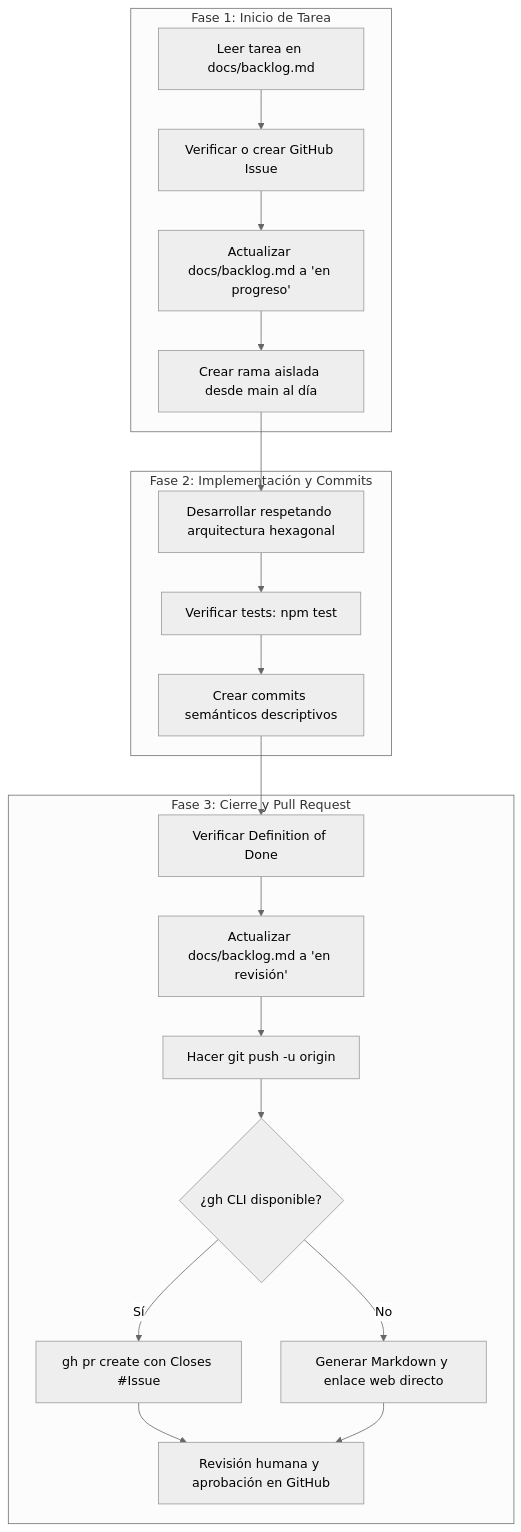
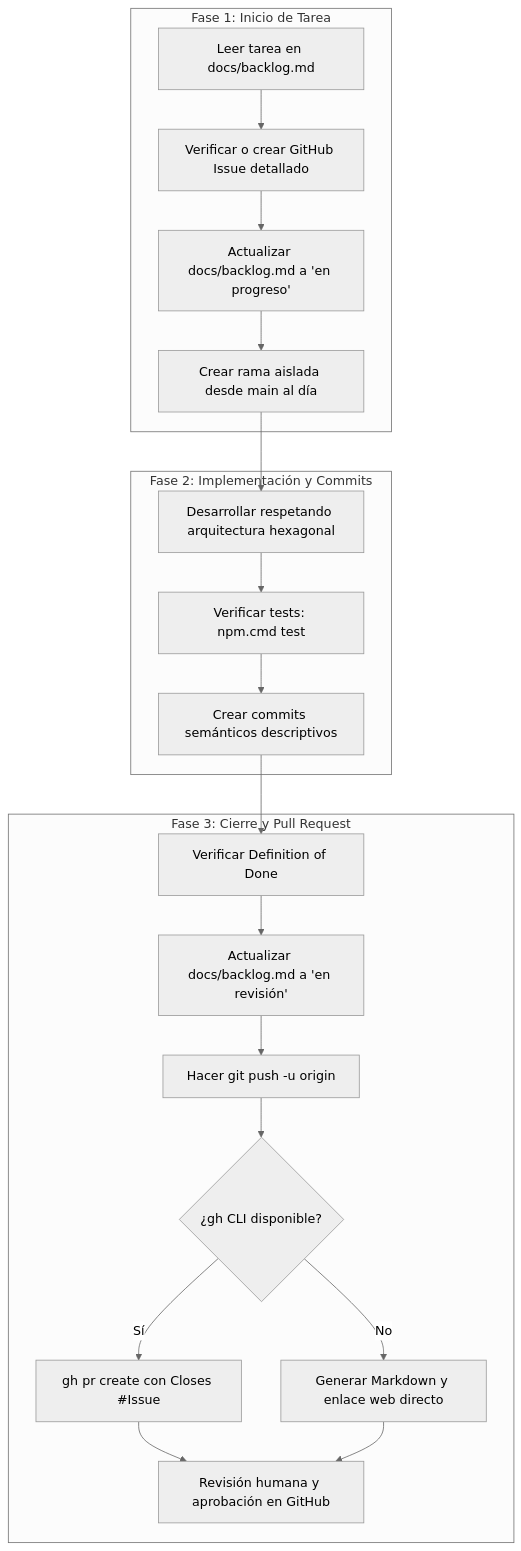
The diagram in .agents/skills/flujo-git-github/SKILL.md (FabioIgnacioNavarro/repo-appweb-viajes-grupo1), drawn with Mermaid (neutral theme) before and after one commit. The commit also changed other lines of this file, not shown here.

Commit message:
docs(skills): agregar estandar detallado de redaccion de issues en flujo-git-github

````diff
--- a/.agents/skills/flujo-git-github/SKILL.md
+++ b/.agents/skills/flujo-git-github/SKILL.md
@@ -15,25 +16,25 @@
 ```mermaid
 flowchart TD
     subgraph Fase 1: Inicio de Tarea
-        A["Leer tarea en docs/backlog.md"] --> B["Verificar o crear GitHub Issue"]
+        A["Leer tarea en docs/backlog.md"] --> B["Verificar o crear GitHub Issue detallado"]
         B --> C["Actualizar docs/backlog.md a 'en progreso'"]
         C --> D["Crear rama aislada desde main al día"]
     end
 
     subgraph Fase 2: Implementación y Commits
         D --> E["Desarrollar respetando arquitectura hexagonal"]
-        E --> F["Verificar tests: npm test"]
+        E --> F["Verificar tests: npm.cmd test"]
         F --> G["Crear commits semánticos descriptivos"]
     end
 
     subgraph Fase 3: Cierre y Pull Request
         G --> H["Verificar Definition of Done"]
         H --> I["Actualizar docs/backlog.md a 'en revisión'"]
         I --> J["Hacer git push -u origin <rama>"]
         J --> K{"¿gh CLI disponible?"}
         K -- Sí --> L["gh pr create con Closes #Issue"]
         K -- No --> M["Generar Markdown y enlace web directo"]
         L --> N["Revisión humana y aprobación en GitHub"]
         M --> N
     end
 ```
````
